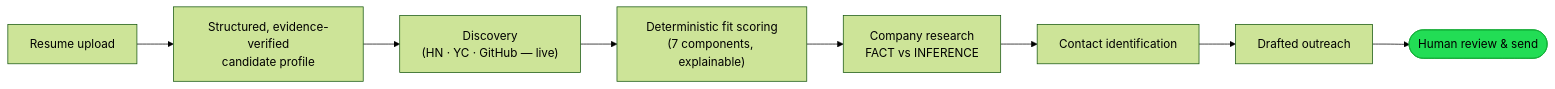
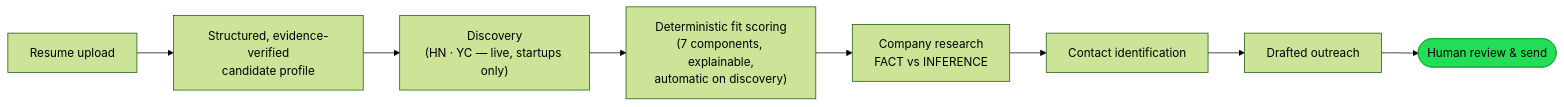
One commit to AdiRosenstock/Recruiting_Agent changed the diagram in README.md. Above: the diagram before and after it, drawn with Mermaid (forest theme). The commit also changed other lines of this file and 19 other files, not shown here.

````diff
--- a/README.md
+++ b/README.md
@@ -75,12 +76,12 @@
 ```mermaid
 flowchart LR
     A[Resume upload] --> B["Structured, evidence-verified<br/>candidate profile"]
-    B --> C["Discovery<br/>(HN · YC · GitHub — live)"]
-    C --> D["Deterministic fit scoring<br/>(7 components, explainable)"]
+    B --> C["Discovery<br/>(HN · YC — live, startups only)"]
+    C --> D["Deterministic fit scoring<br/>(7 components, explainable,<br/>automatic on discovery)"]
     D --> E["Company research<br/>FACT vs INFERENCE"]
     E --> F[Contact identification]
     F --> G[Drafted outreach]
     G --> H(["Human review & send"])
 
     style H fill:#2d5,stroke:#1a3,color:#000
 ```
````
